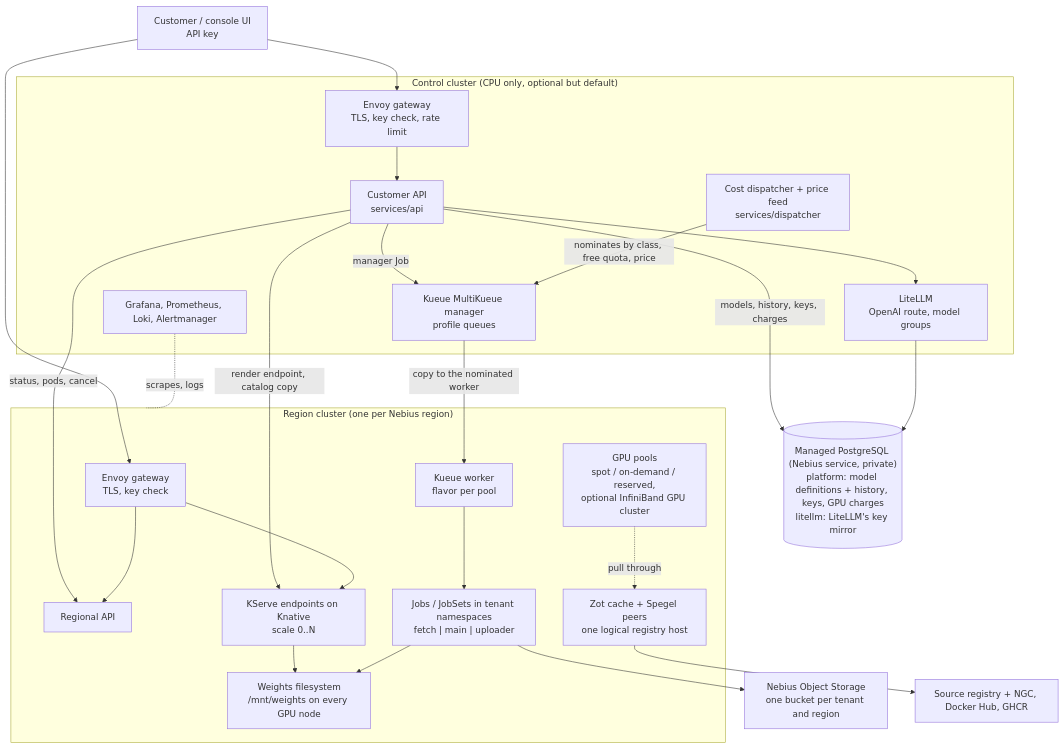
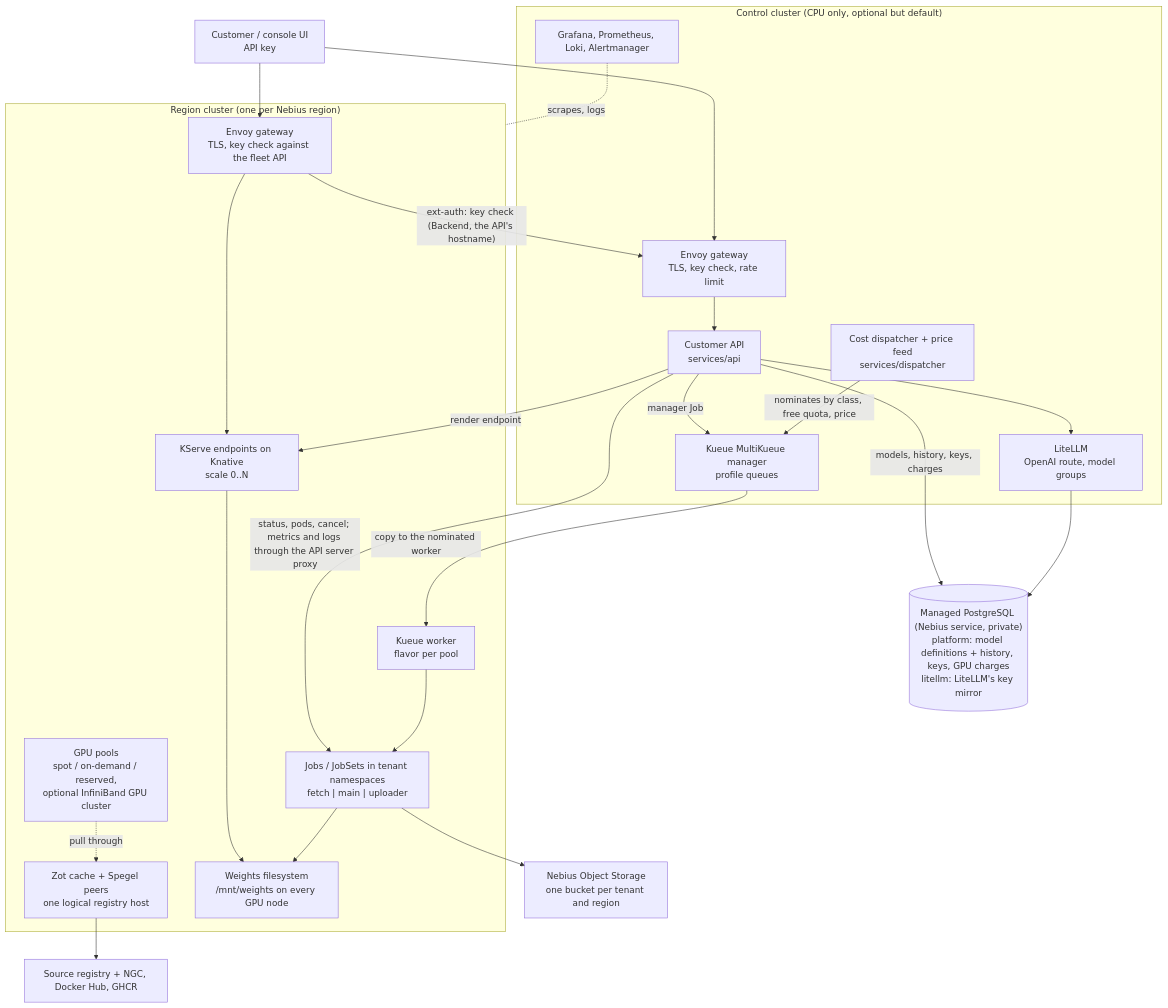
One commit to nebius/nebius-solutions-library changed the first of 3 diagrams in k8s-inference/docs/ARCHITECTURE.md. Above: the diagram before and after it, drawn with Mermaid. The commit also changed other lines of this file and 11 other files, not shown here.

First line of the commit message:
docs: one API tier (ARCHITECTURE "One API", request and job paths, API entry points, operations checks, JOBS, EDGE, README, CHANGELOG)

````diff
--- a/k8s-inference/docs/ARCHITECTURE.md
+++ b/k8s-inference/docs/ARCHITECTURE.md
@@ -7,48 +7,47 @@
 ```mermaid
 flowchart TB
     client["Customer / console UI<br/>API key"]
 
     subgraph control["Control cluster (CPU only, optional but default)"]
         gwc["Envoy gateway<br/>TLS, key check, rate limit"]
         api["Customer API<br/>services/api"]
         litellm["LiteLLM<br/>OpenAI route, model groups"]
         kueuem["Kueue MultiKueue manager<br/>profile queues"]
         disp["Cost dispatcher + price feed<br/>services/dispatcher"]
         obs["Grafana, Prometheus, Loki, Alertmanager"]
     end
 
     subgraph region["Region cluster (one per Nebius region)"]
-        gw["Envoy gateway<br/>TLS, key check"]
-        rapi["Regional API"]
+        gw["Envoy gateway<br/>TLS, key check against the fleet API"]
         ep["KServe endpoints on Knative<br/>scale 0..N"]
         kueuew["Kueue worker<br/>flavor per pool"]
         jobs["Jobs / JobSets in tenant namespaces<br/>fetch | main | uploader"]
         cache["Zot cache + Spegel peers<br/>one logical registry host"]
         fs["Weights filesystem<br/>/mnt/weights on every GPU node"]
         pools["GPU pools<br/>spot / on-demand / reserved,<br/>optional InfiniBand GPU cluster"]
     end
 
     db[("Managed PostgreSQL (Nebius service, private)<br/>platform: model definitions + history, keys, GPU charges<br/>litellm: LiteLLM's key mirror")]
     s3["Nebius Object Storage<br/>one bucket per tenant and region"]
     reg["Source registry + NGC, Docker Hub, GHCR"]
 
     client --> gwc --> api
     client --> gw
     api --> litellm
     api -- "models, history, keys, charges" --> db
     litellm --> db
-    api -- "render endpoint, catalog copy" --> ep
+    api -- "render endpoint" --> ep
     api -- "manager Job" --> kueuem
     kueuem -- "copy to the nominated worker" --> kueuew
     disp -- "nominates by class, free quota, price" --> kueuem
-    api -- "status, pods, cancel" --> rapi
+    api -- "status, pods, cancel; metrics and logs through the API server proxy" --> jobs
+    gw -- "ext-auth: key check (Backend, the API's hostname)" --> gwc
     gw --> ep
-    gw --> rapi
     kueuew --> jobs
     jobs --> s3
     ep --> fs
     jobs --> fs
     cache --> reg
     pools -. "pull through" .-> cache
     obs -. "scrapes, logs" .- region
 ```
````
